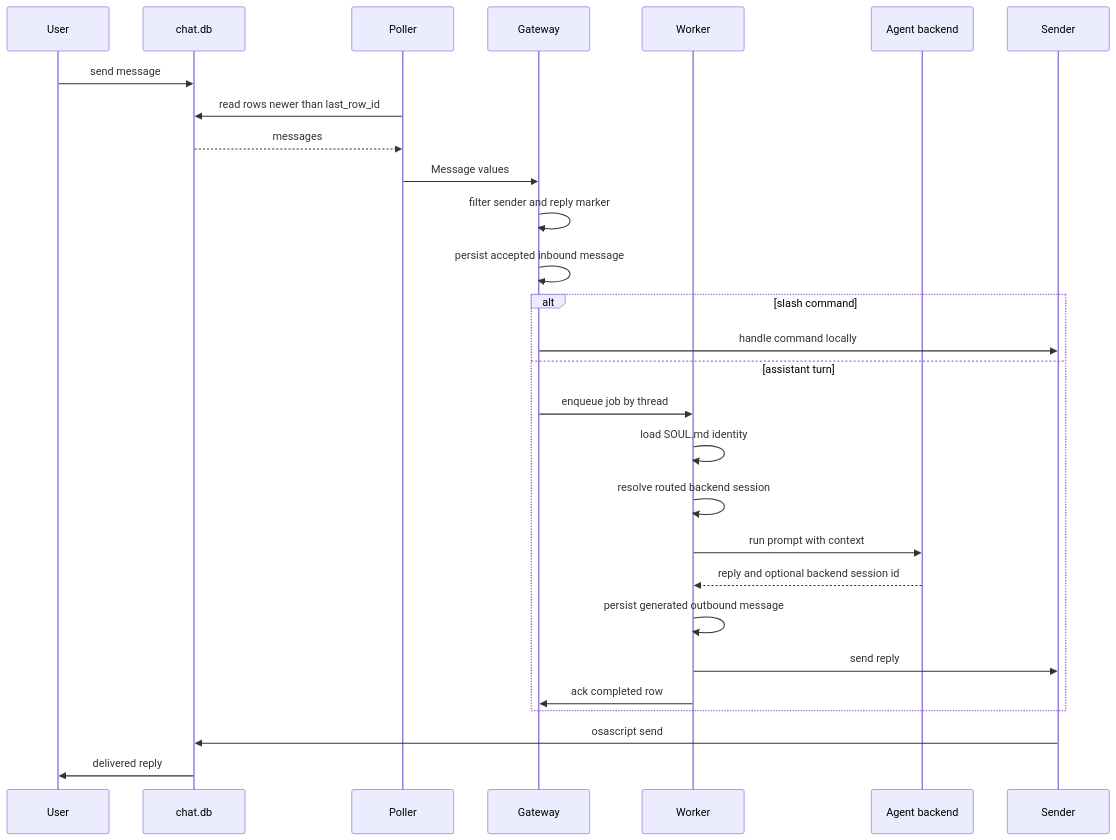
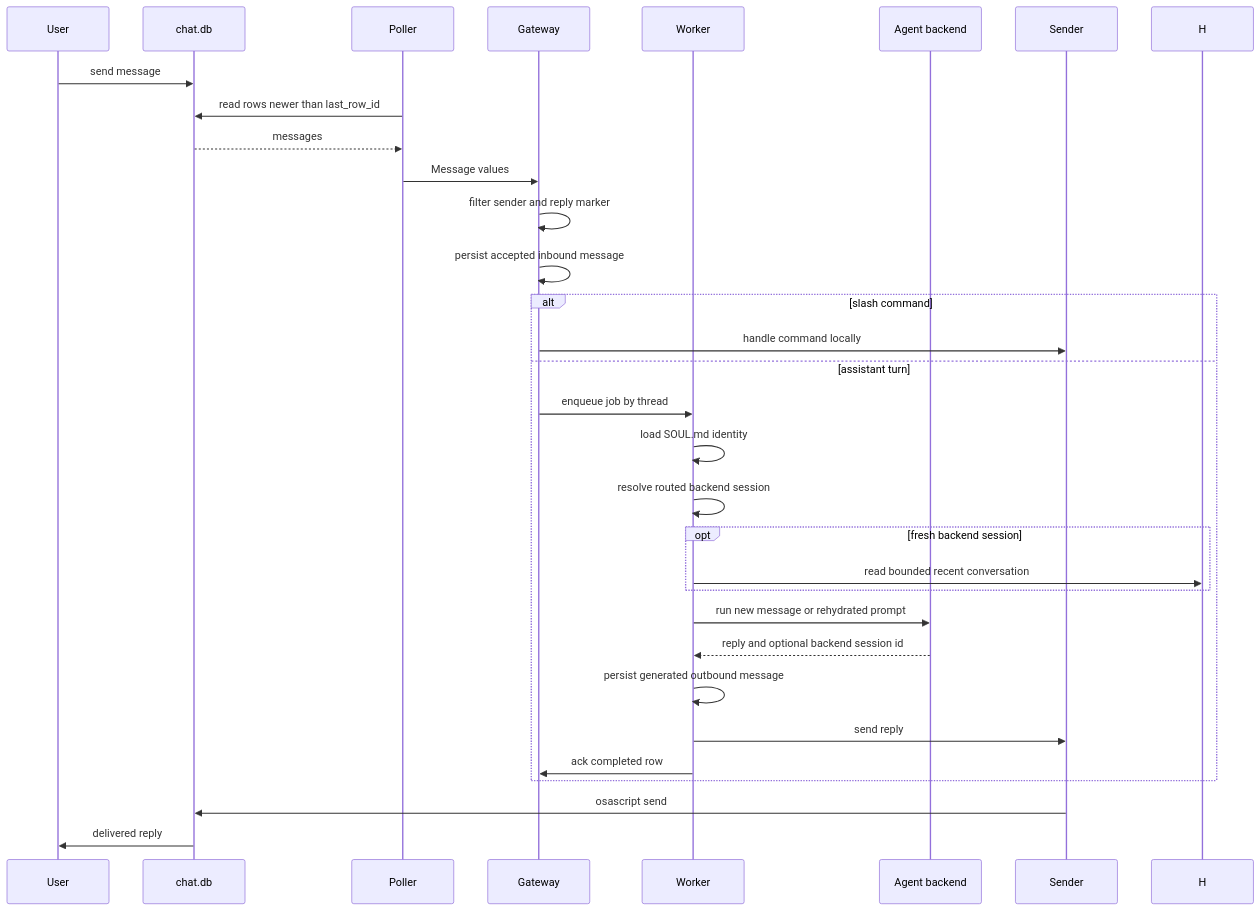
Before and after one commit to edheltzel/Relay: the second of 2 diagrams in docs/architecture.md, drawn with Mermaid. The commit also changed other lines of this file and 11 other files, not shown here.

Commit message:
feat: rehydrate fresh backend sessions (#62)

````diff
--- a/docs/architecture.md
+++ b/docs/architecture.md
@@ -82,31 +82,34 @@
 ```mermaid
 sequenceDiagram
     participant U as User
     participant DB as chat.db
     participant P as Poller
     participant G as Gateway
     participant W as Worker
     participant A as Agent backend
     participant S as Sender
 
     U->>DB: send message
     P->>DB: read rows newer than last_row_id
     DB-->>P: messages
     P->>G: Message values
     G->>G: filter sender and reply marker
     G->>G: persist accepted inbound message
     alt slash command
         G->>S: handle command locally
     else assistant turn
         G->>W: enqueue job by thread
         W->>W: load SOUL.md identity
         W->>W: resolve routed backend session
-        W->>A: run prompt with context
+        opt fresh backend session
+            W->>H: read bounded recent conversation
+        end
+        W->>A: run new message or rehydrated prompt
         A-->>W: reply and optional backend session id
         W->>W: persist generated outbound message
         W->>S: send reply
         W->>G: ack completed row
     end
     S->>DB: osascript send
     DB->>U: delivered reply
 ```
````
